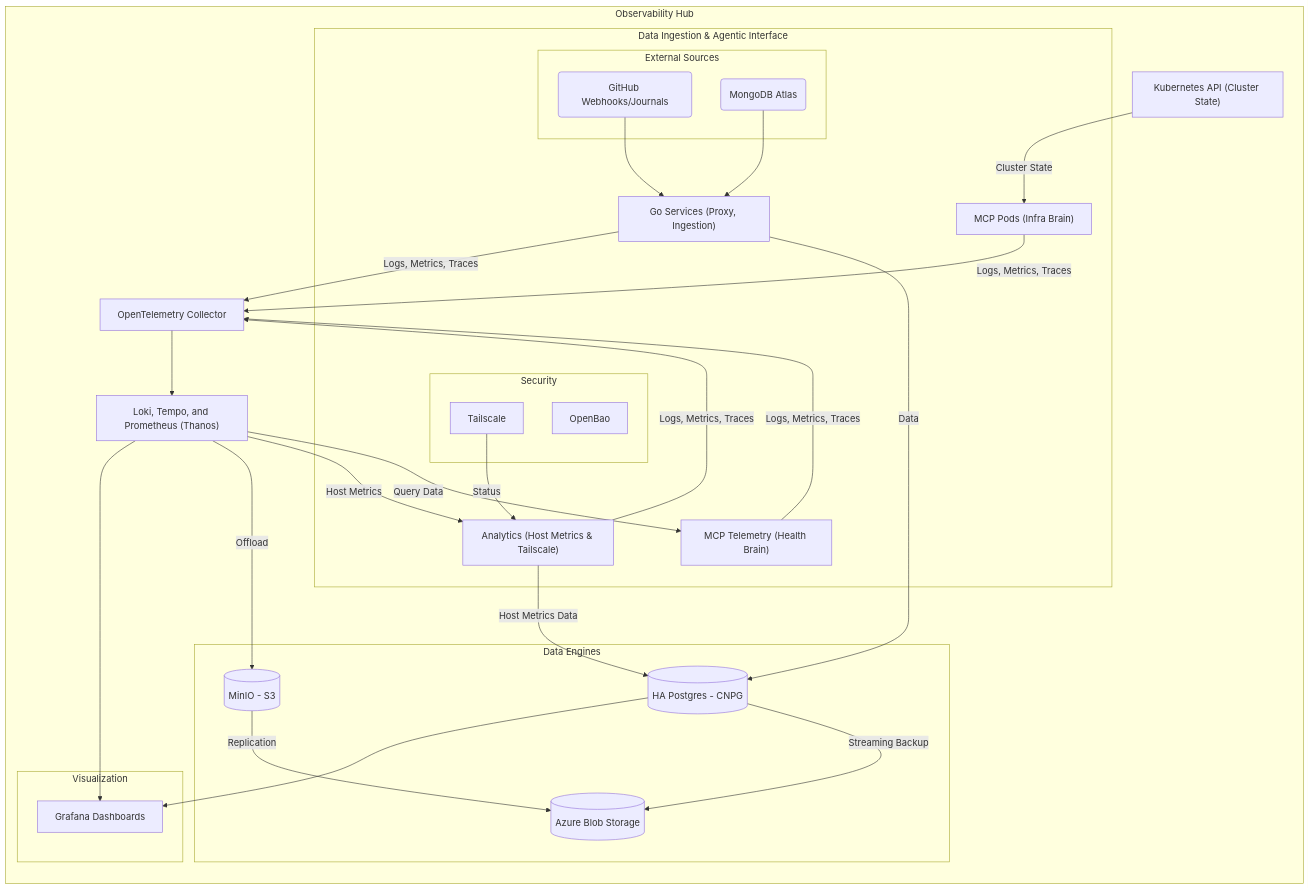
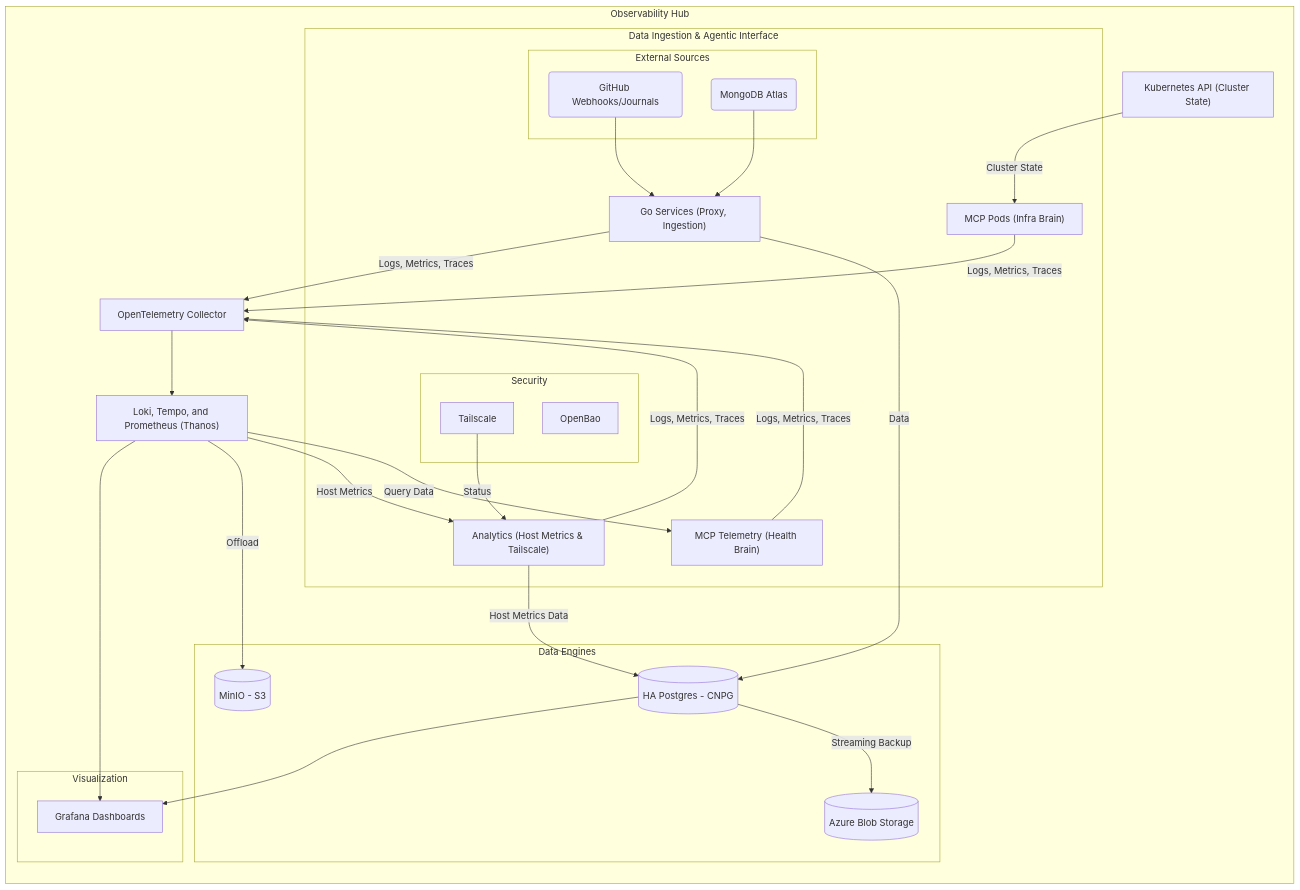
The diagram in README.md (victoriacheng15/observability-hub), drawn with Mermaid before and after one commit. The commit also changed other lines of this file and 4 other files, not shown here.

````diff
--- a/README.md
+++ b/README.md
@@ -69,63 +58,62 @@
 ```mermaid
 flowchart TB
     subgraph ObservabilityHub ["Observability Hub"]
         direction TB
         subgraph Logic ["Data Ingestion & Agentic Interface"]
             subgraph External ["External Sources"]
                 GH(GitHub Webhooks/Journals)
                 Mongo(MongoDB Atlas)
             end
 
             subgraph Security [Security]
                 Bao[OpenBao]
                 Tailscale[Tailscale]
             end
 
             GoApps["Go Services (Proxy, Ingestion)"]
             MCP_Tele["MCP Telemetry (Health Brain)"]
             MCP_Pods["MCP Pods (Infra Brain)"]
             Analytics["Analytics (Host Metrics & Tailscale)"]
         end
 
         K8S["Kubernetes API (Cluster State)"]
         OTEL[OpenTelemetry Collector]
 
         Observability["Loki, Tempo, and Prometheus (Thanos)"]
         subgraph Storage ["Data Engines"]
             PG[(HA Postgres - CNPG)]
             S3[(MinIO - S3)]
             Azure[(Azure Blob Storage)]
         end
         
 
         subgraph Visualization ["Visualization"]
             Grafana[Grafana Dashboards]
         end
     end
 
     %% Data Pipeline Connections
     GH --> GoApps
     Mongo --> GoApps
     
     %% Domain-Isolated MCP Paths
     Observability -- "Query Data" --> MCP_Tele
     K8S -- "Cluster State" --> MCP_Pods
 
     %% Telemetry & Storage Connections
     Observability -- "Host Metrics" --> Analytics
     Tailscale -- "Status" --> Analytics
     Analytics -- "Host Metrics Data" --> PG
     GoApps -- Data --> PG
 
     %% Telemetry Pipeline (OTLP)
     GoApps & MCP_Tele & MCP_Pods & Analytics -- "Logs, Metrics, Traces" --> OTEL
     OTEL --> Observability
     
     %% Resilience & Backup
     Observability -- "Offload" --> S3
     PG -- "Streaming Backup" --> Azure
-    S3 -- "Replication" --> Azure
 
     %% Visualization Connections
     Observability & PG --> Grafana
 ```
````
